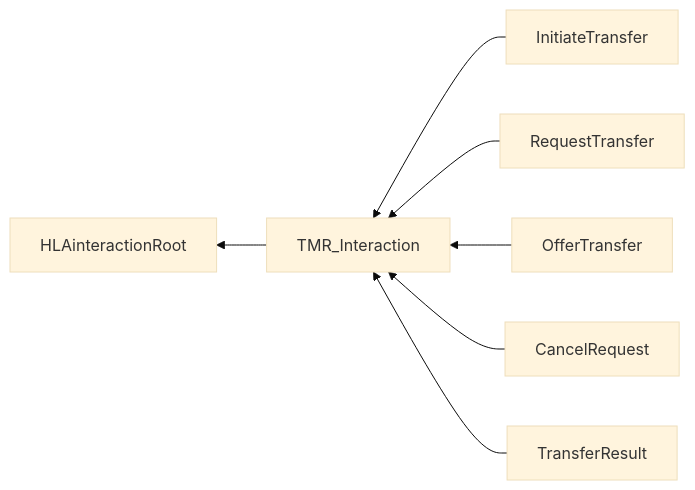
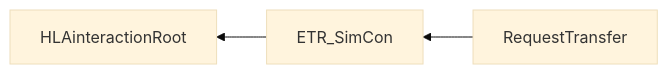
Before and after one commit to AMSP-04/NETN-TMR: the eighth of 8 diagrams in NETN-TMR.md, drawn with Mermaid (base theme). The commit also changed other lines of this file and 3 other files, not shown here.

````diff
--- a/NETN-TMR.md
+++ b/NETN-TMR.md
@@ -216,9 +228,5 @@
 ```mermaid
 graph RL
-TMR_Interaction-->HLAinteractionRoot
-InitiateTransfer-->TMR_Interaction
-RequestTransfer-->TMR_Interaction
-OfferTransfer-->TMR_Interaction
-CancelRequest-->TMR_Interaction
-TransferResult-->TMR_Interaction
+ETR_SimCon-->HLAinteractionRoot
+RequestTransfer-->ETR_SimCon
 ```
````
